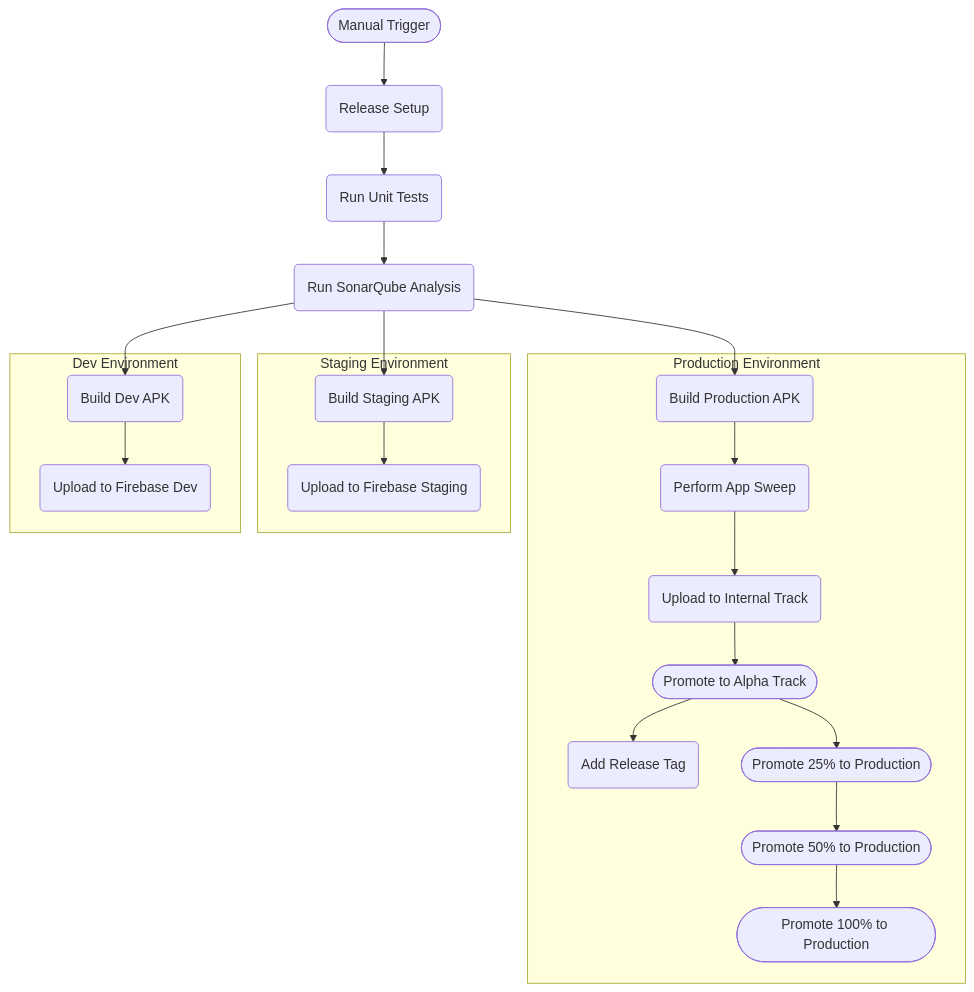
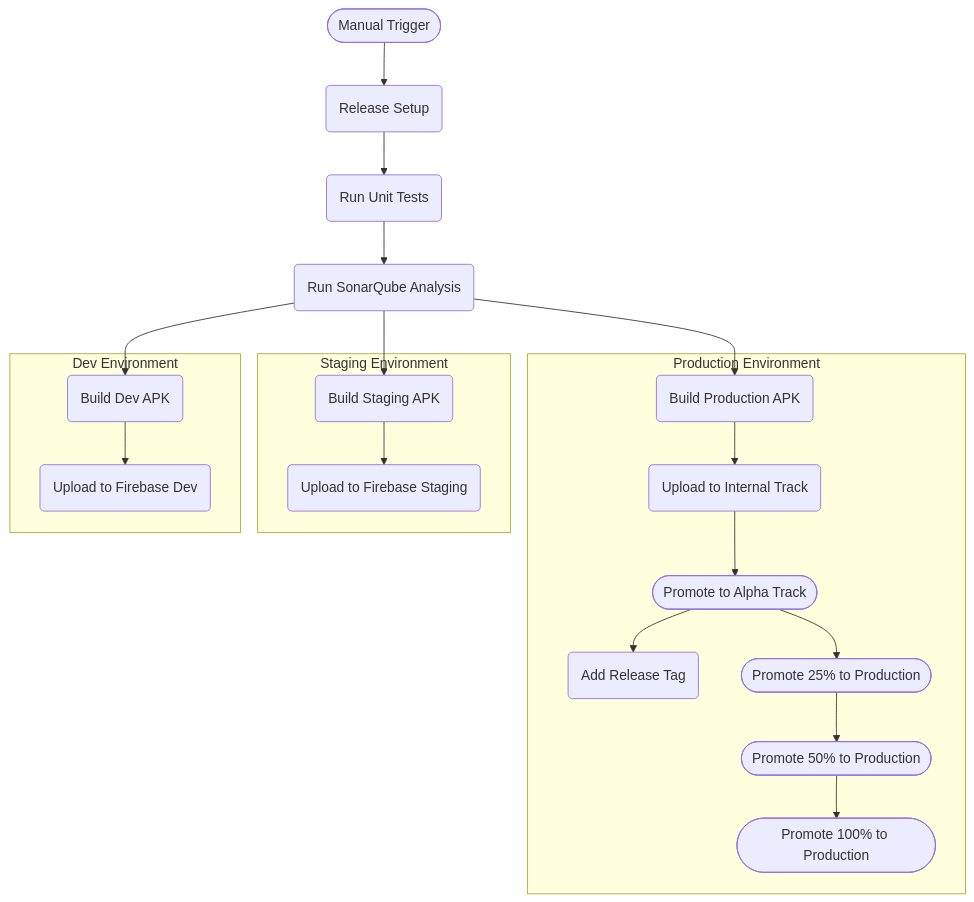
The diagram in .github/workflows/README.md (Simprints/Android-Simprints-ID), drawn with Mermaid before and after one commit. The commit also changed 2 other files, not shown here.

Commit message:
[MS-1031] Remove App Sweep step from internal deployment pipeline

````diff
--- a/.github/workflows/README.md
+++ b/.github/workflows/README.md
@@ -32,27 +32,26 @@
 ```mermaid
 flowchart TD
     trigger([Manual Trigger]) --> setup(Release Setup)
     setup --> unit_tests(Run Unit Tests)
     unit_tests --> sonarqube(Run SonarQube Analysis)
     sonarqube --> deploy_dev(Build Dev APK)
     sonarqube --> deploy_stag(Build Staging APK)
     sonarqube --> deploy_prod(Build Production APK)
 
     subgraph Production Environment
-        deploy_prod --> run_app_sweep(Perform App Sweep)
-        run_app_sweep --> google_play_internal(Upload to Internal Track)
+        deploy_prod --> google_play_internal(Upload to Internal Track)
         google_play_internal --> google_play_alpha([Promote to Alpha Track])
         google_play_alpha --> add_release_tag(Add Release Tag)
         google_play_alpha --> google_play_prod_25([Promote 25% to Production])
         google_play_prod_25 --> google_play_prod_50([Promote 50% to Production])
         google_play_prod_50 --> google_play_prod_100([Promote 100% to Production])
     end
 
     subgraph Staging Environment
         deploy_stag --> deploy_firebase_stag(Upload to Firebase Staging)
     end
 
     subgraph Dev Environment
         deploy_dev --> deploy_firebase_dev(Upload to Firebase Dev)
     end
 ```
````
